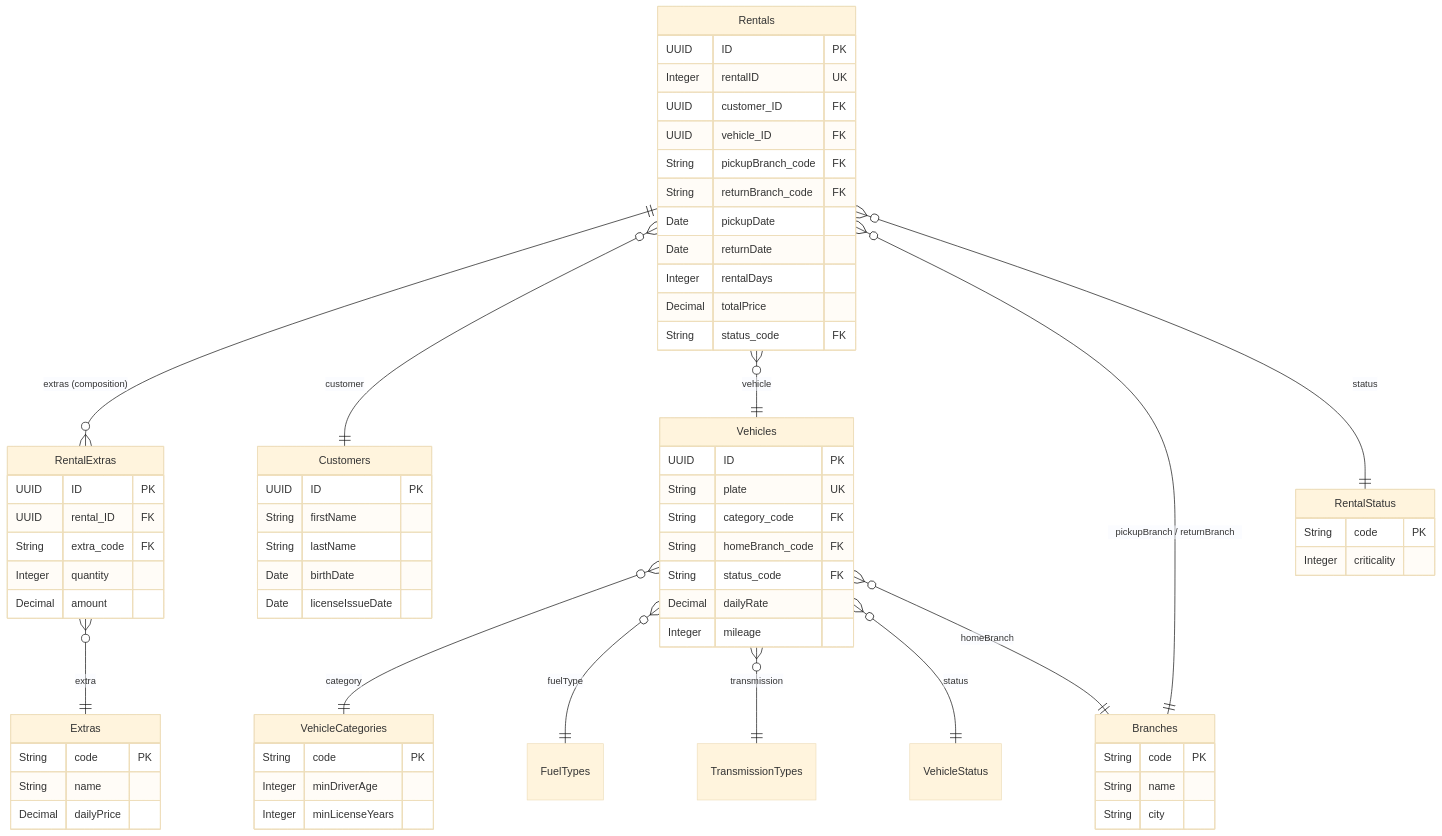
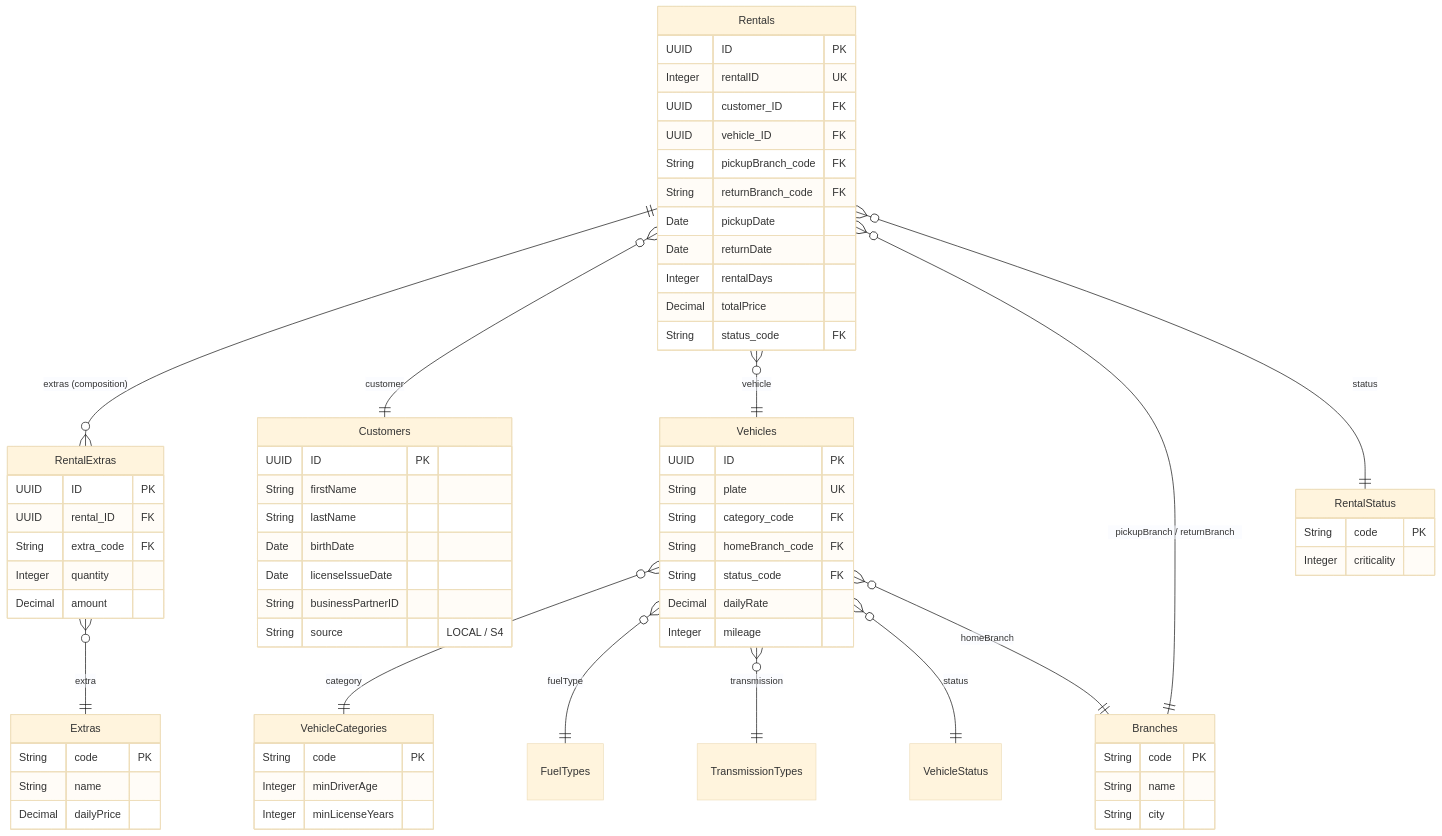
Before and after one commit to ertugrulcelikgpt/AracKiralama: the third of 6 diagrams in docs/mimari.md, drawn with Mermaid (base theme). The commit also changed other lines of this file and 40 other files, not shown here.

First line of the commit message:
feat(s4): integrate S/4HANA Business Partner API

````diff
--- a/docs/mimari.md
+++ b/docs/mimari.md
@@ -64,70 +72,72 @@
 ```mermaid
 erDiagram
   Rentals ||--o{ RentalExtras : "extras (composition)"
   Rentals }o--|| Customers : customer
   Rentals }o--|| Vehicles : vehicle
   Rentals }o--|| Branches : "pickupBranch / returnBranch"
   Rentals }o--|| RentalStatus : status
   RentalExtras }o--|| Extras : extra
   Vehicles }o--|| VehicleCategories : category
   Vehicles }o--|| FuelTypes : fuelType
   Vehicles }o--|| TransmissionTypes : transmission
   Vehicles }o--|| VehicleStatus : status
   Vehicles }o--|| Branches : homeBranch
 
   Rentals {
     UUID ID PK
     Integer rentalID UK
     UUID customer_ID FK
     UUID vehicle_ID FK
     String pickupBranch_code FK
     String returnBranch_code FK
     Date pickupDate
     Date returnDate
     Integer rentalDays
     Decimal totalPrice
     String status_code FK
   }
   RentalExtras {
     UUID ID PK
     UUID rental_ID FK
     String extra_code FK
     Integer quantity
     Decimal amount
   }
   Vehicles {
     UUID ID PK
     String plate UK
     String category_code FK
     String homeBranch_code FK
     String status_code FK
     Decimal dailyRate
     Integer mileage
   }
   Customers {
     UUID ID PK
     String firstName
     String lastName
     Date birthDate
     Date licenseIssueDate
+    String businessPartnerID
+    String source "LOCAL / S4"
   }
   Branches {
     String code PK
     String name
     String city
   }
   Extras {
     String code PK
     String name
     Decimal dailyPrice
   }
   VehicleCategories {
     String code PK
     Integer minDriverAge
     Integer minLicenseYears
   }
   RentalStatus {
     String code PK
     Integer criticality
   }
 ```
````
